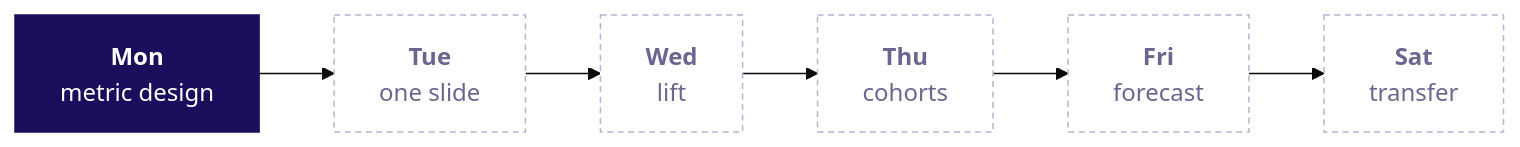
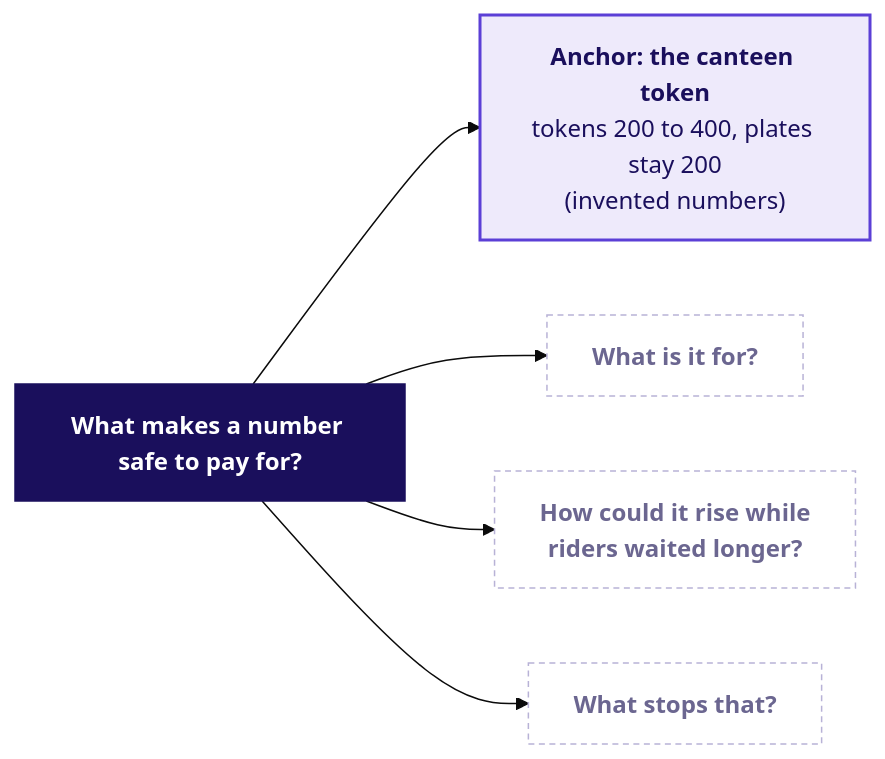
Before and after one commit to fde-academy-lab/c2-content-factory: the second of 10 diagrams in content/W04/D1/slides/C2_W04_D01_half1_STUDENT.md, drawn with Mermaid (base theme). The commit also changed other lines of this file and 24 other files, not shown here.

````diff
--- a/content/W04/D1/slides/C2_W04_D01_half1_STUDENT.md
+++ b/content/W04/D1/slides/C2_W04_D01_half1_STUDENT.md
@@ -51,14 +110,18 @@
 ```mermaid
 flowchart LR
-    M["<b>Mon</b><br/>metric design"]
-    T["<b>Tue</b><br/>one slide"]
-    W["<b>Wed</b><br/>lift"]
-    H["<b>Thu</b><br/>cohorts"]
-    F["<b>Fri</b><br/>forecast"]
-    S["<b>Sat</b><br/>transfer"]
-    M --> T --> W --> H --> F --> S
+    Q["<b>What makes a number safe to pay for?</b>"]
+    A["<b>Anchor: the canteen token</b><br/>tokens 200 to 400, plates stay 200<br/>(invented numbers)"]
+    Q1["<b>What is it for?</b>"]
+    Q2["<b>How could it rise while<br/>riders waited longer?</b>"]
+    Q3["<b>What stops that?</b>"]
+    Q --> A
+    Q --> Q1
+    Q --> Q2
+    Q --> Q3
     classDef lit fill:#1A0F5C,stroke:#1A0F5C,color:#FFFFFF
+    classDef known fill:#EEEAFB,stroke:#5B3FD6,color:#1A0F5C,stroke-width:2px
     classDef unknown fill:#FFFFFF,stroke:#B8B2D6,color:#6B6690,stroke-dasharray:4 3
-    class M lit
-    class T,W,H,F,S unknown
+    class Q lit
+    class A known
+    class Q1,Q2,Q3 unknown
 ```
````
